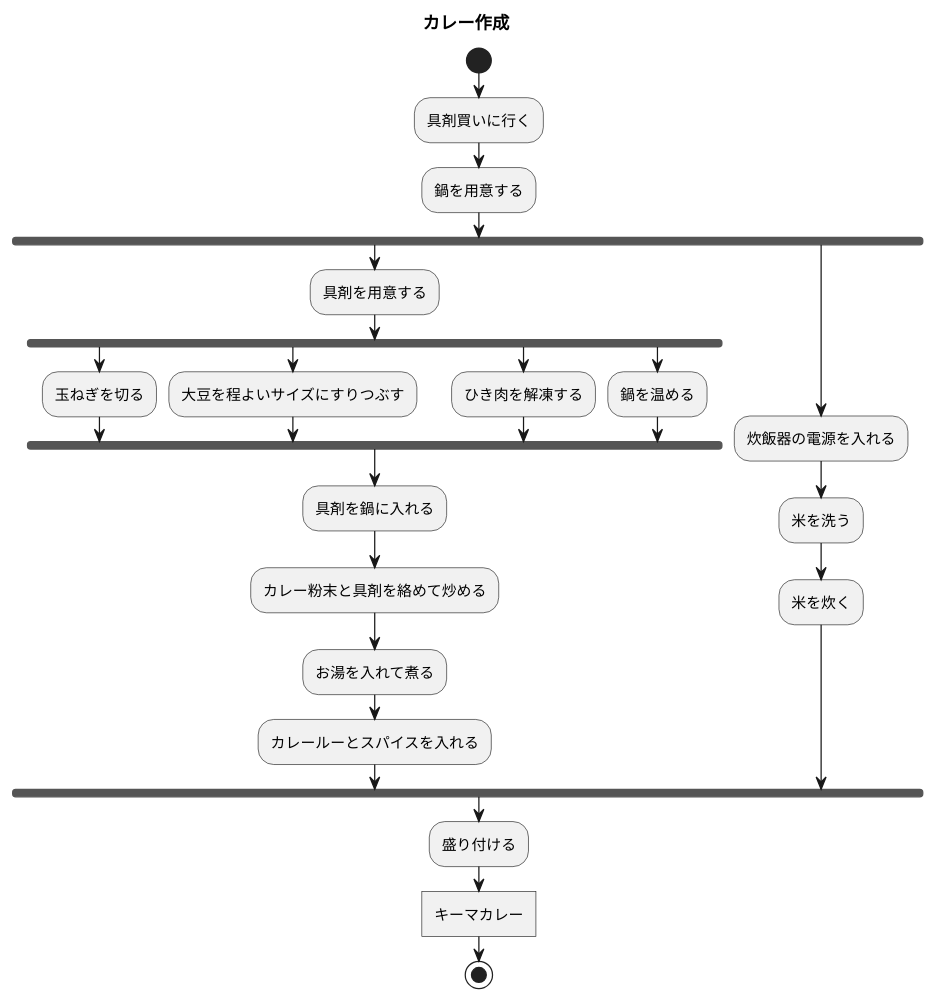
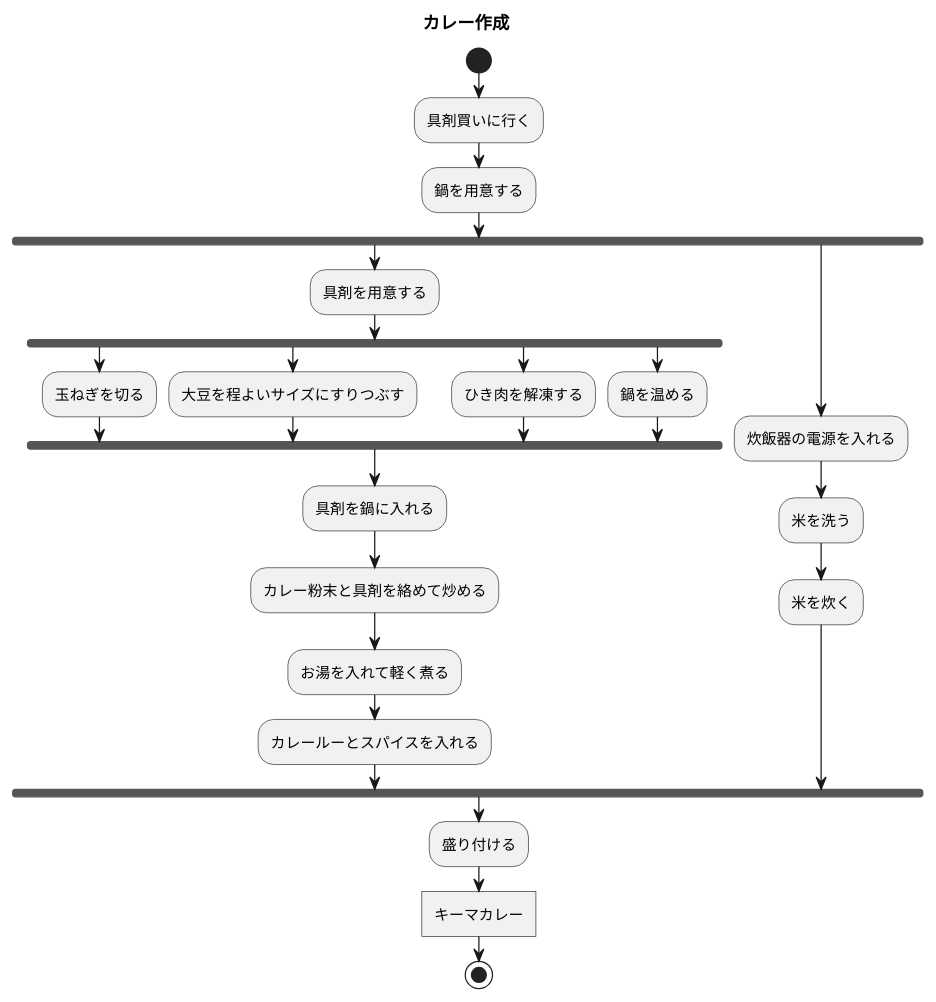
One commit to itouayumu/uml-introduction- changed the diagram in 7章練習_ACカレーライス.pu. Above: the diagram before and after it, drawn with PlantUML.

Commit message:
カレー

```diff
--- a/7章練習_ACカレーライス.pu
+++ b/7章練習_ACカレーライス.pu
@@ -1,30 +1,30 @@
 @startuml 並列処理
 title カレー作成
 start
 :具剤買いに行く;
 :鍋を用意する;
 fork
 :具剤を用意する;
 fork
 :玉ねぎを切る;
 fork again
 :大豆を程よいサイズにすりつぶす;
 fork again
 :ひき肉を解凍する;
 fork again
 :鍋を温める;
 end fork
 :具剤を鍋に入れる;
 :カレー粉末と具剤を絡めて炒める;
-:お湯を入れて煮る;
+:お湯を入れて軽く煮る;
 :カレールーとスパイスを入れる;
 fork again
 :炊飯器の電源を入れる;
 :米を洗う;
 :米を炊く;
 
 end fork
 :盛り付ける;
 :キーマカレー]
 stop
 @enduml
```
